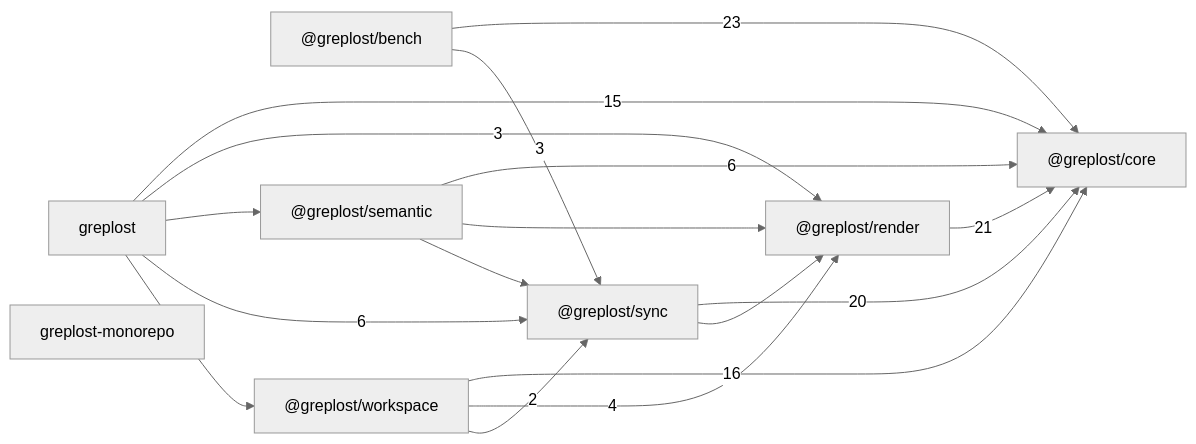
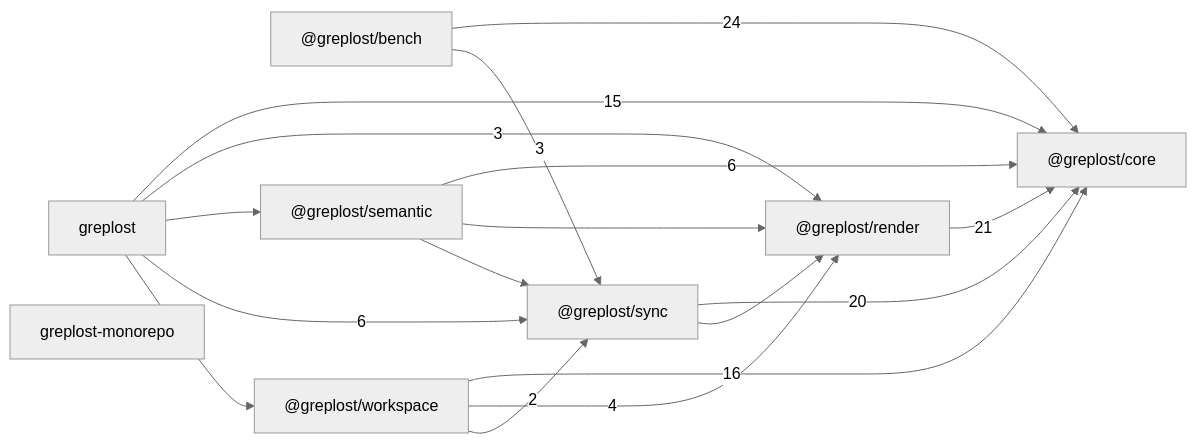
Before and after one commit to sns45/greplost: the diagram in .greplost/repo/MAP.md, drawn with Mermaid (neutral theme). The commit also changed other lines of this file and 15 other files, not shown here.

````diff
--- a/.greplost/repo/MAP.md
+++ b/.greplost/repo/MAP.md
@@ -21,27 +21,27 @@
 ```mermaid
 graph LR
   _greplost_bench["@greplost/bench"]
   _greplost_core["@greplost/core"]
   _greplost_render["@greplost/render"]
   _greplost_semantic["@greplost/semantic"]
   _greplost_sync["@greplost/sync"]
   _greplost_workspace["@greplost/workspace"]
   greplost["greplost"]
   greplost_monorepo["greplost-monorepo"]
-  _greplost_bench -->|23| _greplost_core
+  _greplost_bench -->|24| _greplost_core
   _greplost_bench -->|3| _greplost_sync
   _greplost_render -->|21| _greplost_core
   _greplost_semantic -->|6| _greplost_core
   _greplost_semantic --> _greplost_render
   _greplost_semantic --> _greplost_sync
   _greplost_sync -->|20| _greplost_core
   _greplost_sync --> _greplost_render
   _greplost_workspace -->|16| _greplost_core
   _greplost_workspace -->|4| _greplost_render
   _greplost_workspace -->|2| _greplost_sync
   greplost -->|15| _greplost_core
   greplost -->|3| _greplost_render
   greplost --> _greplost_semantic
   greplost -->|6| _greplost_sync
   greplost --> _greplost_workspace
 ```
````
